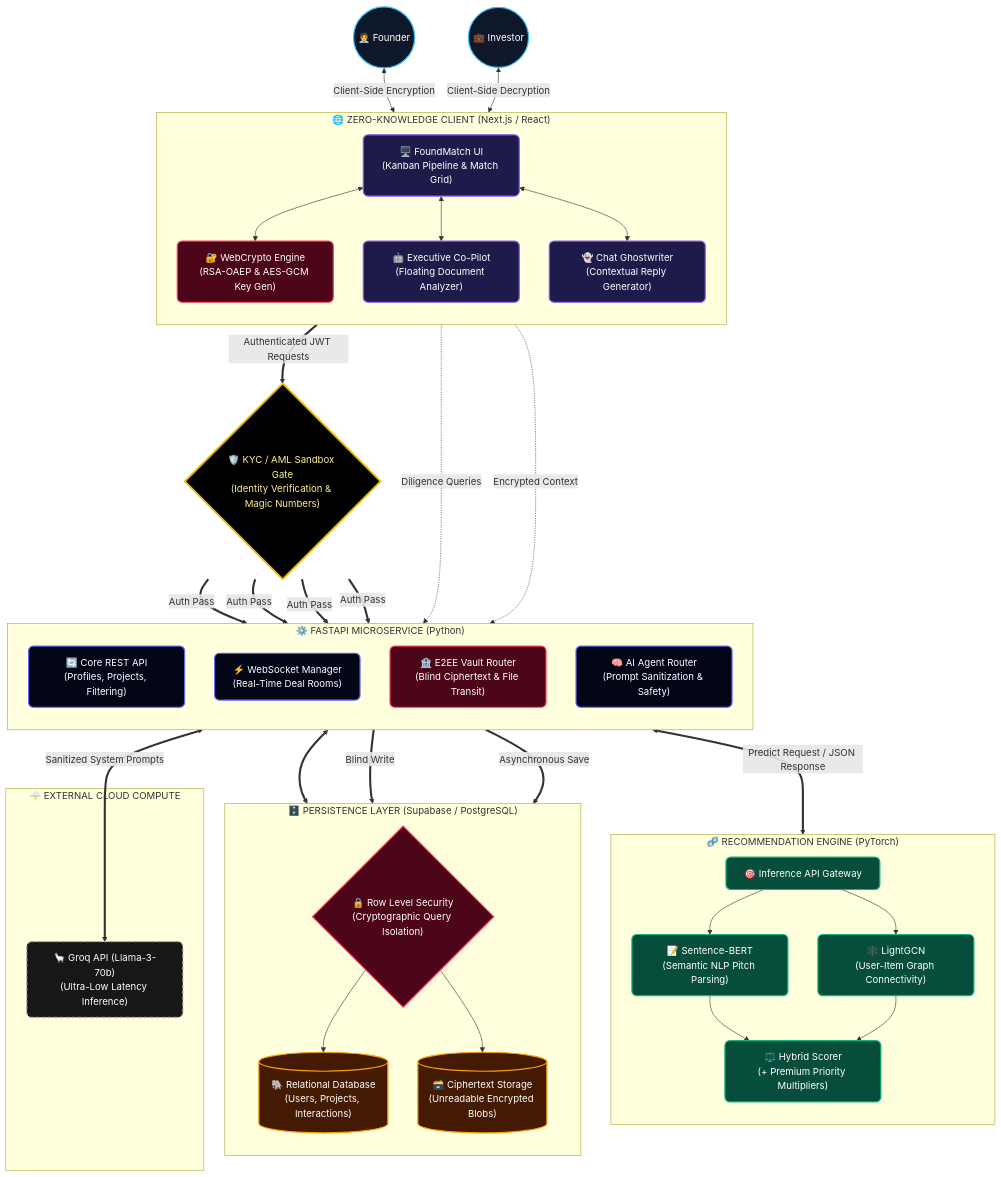
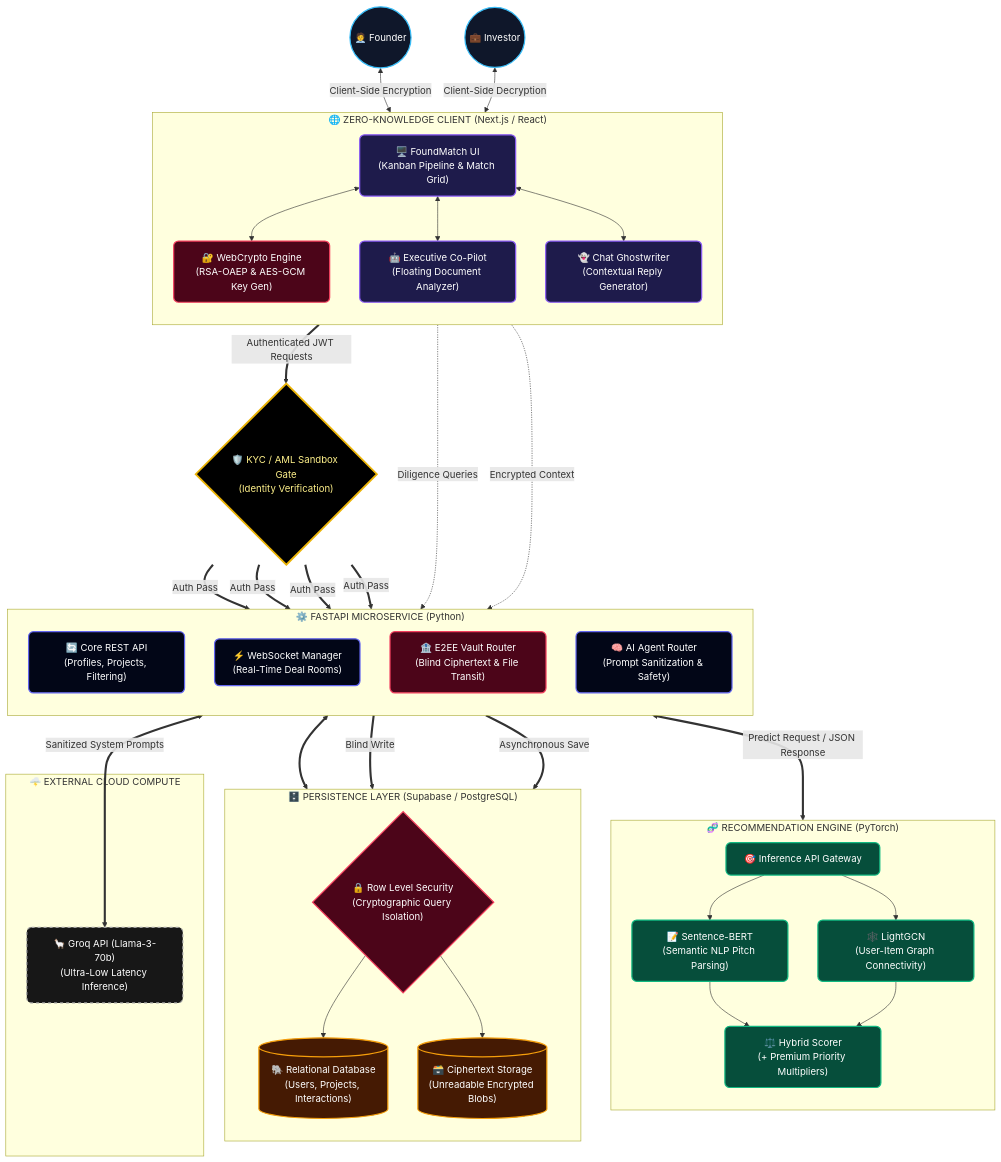
One commit to Arjo216/Found-Match-1.0 changed the diagram in README.md. Above: the diagram before and after it, drawn with Mermaid.

Commit message:
Update KYC sandbox gate description

```diff
--- a/README.md
+++ b/README.md
@@ -77,7 +77,7 @@
     %% ==========================================
     %% 🛡️ REGULATORY GATEWAY
     %% ==========================================
-    KYC{"🛡️ KYC / AML Sandbox Gate<br/>(Identity Verification & Magic Numbers)"}:::gate
+    KYC{"🛡️ KYC / AML Sandbox Gate<br/>(Identity Verification)"}:::gate
 
     Client_Tier ==>|Authenticated JWT Requests| KYC
 
```
